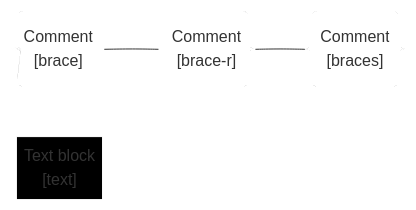
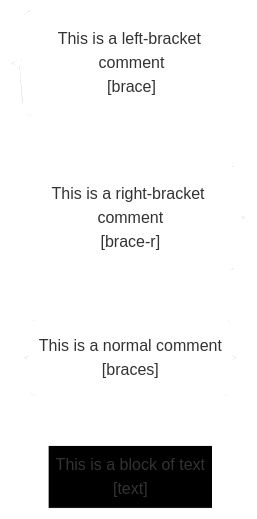
One commit to APrettyCoolProgram/aprettycoolprogram changed the second of 9 diagrams in profile/mermaid/mermaid-shapes.md. Above: the diagram before and after it, drawn with Mermaid. The commit also changed other lines of this file, not shown here.

````diff
--- a/profile/mermaid/mermaid-shapes.md
+++ b/profile/mermaid/mermaid-shapes.md
@@ -6,14 +87,15 @@
 ```mermaid
 flowchart LR
     %% Components
-    Comment@{shape: brace, label: "Comment\n[brace]"}
-    CommentRight@{shape: brace-r, label: "Comment\n[brace-r]"}
-    CommentBoth@{shape: braces, label: "Comment\n[braces]"}
-    TextBlock@{shape: text, label: "Text block\n[text]"}
+    Comment@{shape: brace, label: "This is a left-bracket comment\n[brace]"}
+    CommentRight@{shape: brace-r, label: "This is a right-bracket comment\n[brace-r]"}
+    CommentBoth@{shape: braces, label: "This is a normal comment\n[braces]"}
+    TextBlock@{shape: text, label: "This is a block of text\n[text]"}
     %% Layout
-    Comment --- CommentRight --- CommentBoth
+    Comment
+    CommentRight
+    CommentBoth
     TextBlock
     %% Styles
     classDef default fill:#000, stroke:#FFF, stroke-width:1px
-
 ```
````
